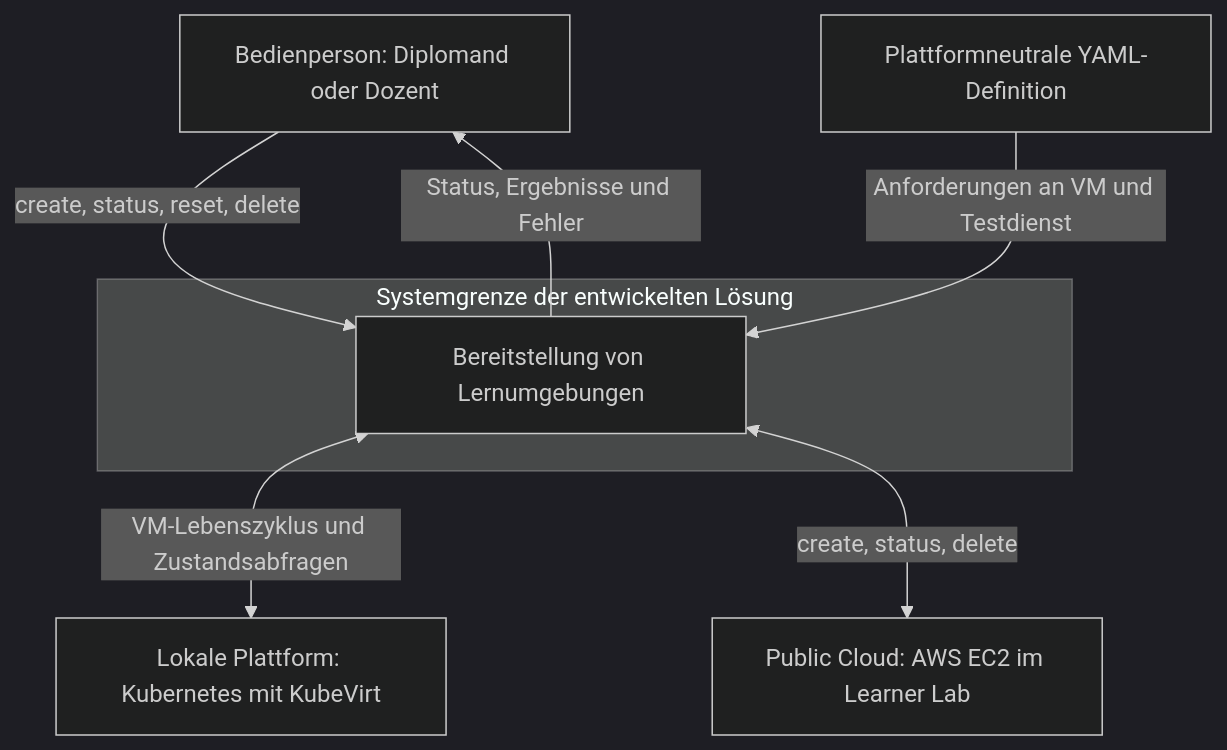
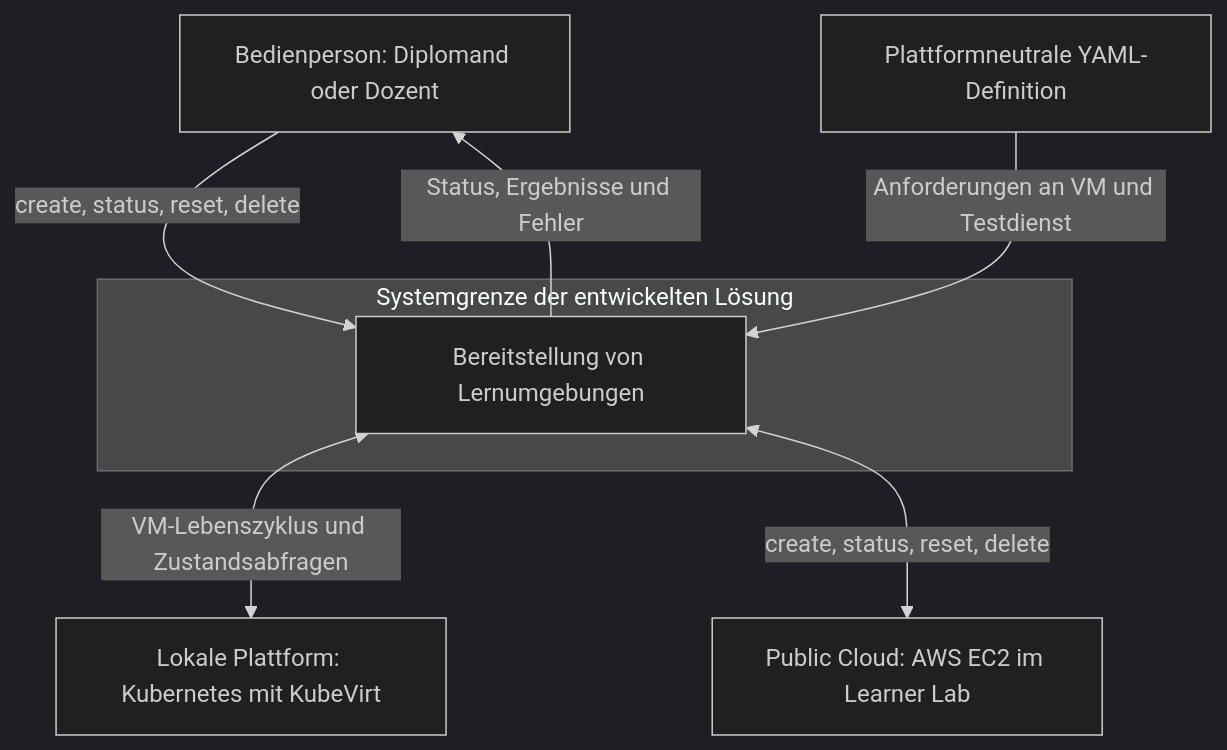
One commit to Cancani/diplomarbeit changed the fourth of 7 diagrams in docs/dokumentation.md. Above: the diagram before and after it, drawn with Mermaid (dark theme). The commit also changed other lines of this file and 1 other file, not shown here.

Commit message:
docs(update): AWS-Reset und Wiederaufnahme mit Live-Nachweisen dokumentieren

````diff
--- a/docs/dokumentation.md
+++ b/docs/dokumentation.md
@@ -1124,18 +1124,18 @@
 ```mermaid
 flowchart TD
     Person["Bedienperson: Diplomand oder Dozent"]
     Definition["Plattformneutrale YAML-Definition"]
 
     subgraph Grenze["Systemgrenze der entwickelten Lösung"]
         System["Bereitstellung von Lernumgebungen"]
     end
 
     Lokal["Lokale Plattform: Kubernetes mit KubeVirt"]
     Cloud["Public Cloud: AWS EC2 im Learner Lab"]
 
     Person -->|"create, status, reset, delete"| System
     Definition -->|"Anforderungen an VM und Testdienst"| System
     System -->|"Status, Ergebnisse und Fehler"| Person
     System <-->|"VM-Lebenszyklus und Zustandsabfragen"| Lokal
-    System <-->|"create, status, delete"| Cloud
+    System <-->|"create, status, reset, delete"| Cloud
 ```
````
